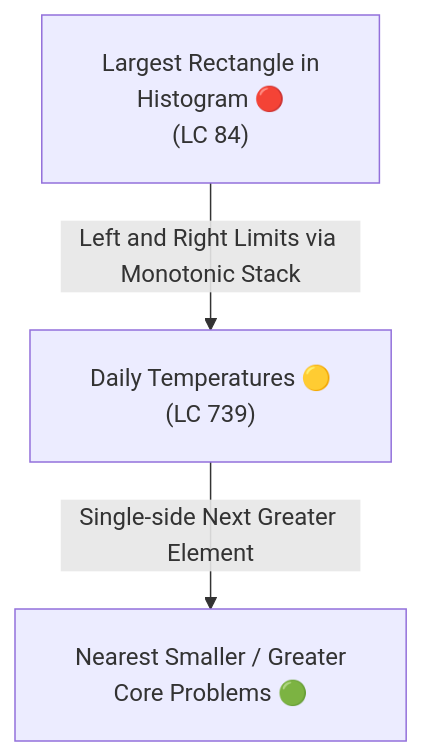
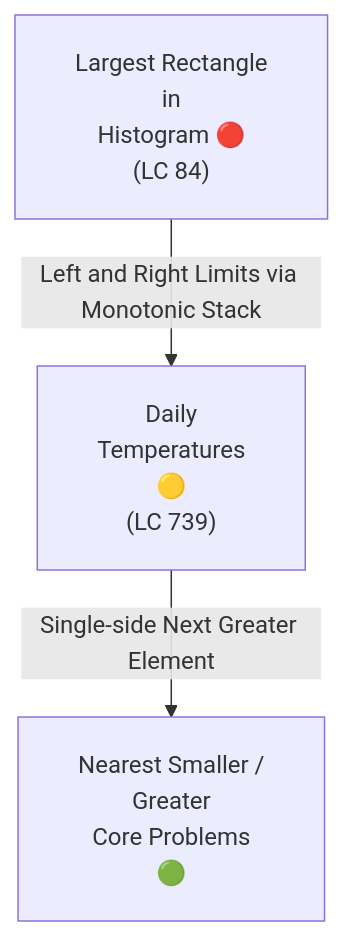
Diagram 16 of 19 in Senior_dsa_question_list.md (dip4k/DSA_102), drawn with Mermaid before and after one commit. The commit also changed other lines of this file and 106 other files, not shown here.

First line of the commit message:
fix(mermaid): prevent text clipping with foreignObject overflow and tighter line wrapping

````diff
--- a/Senior_dsa_question_list.md
+++ b/Senior_dsa_question_list.md
@@ -1066,6 +1066,6 @@
 ```mermaid
-%%{init: {"flowchart": {"htmlLabels": true, "padding": 20}}}%%
+%%{init: {"flowchart": {"htmlLabels": true, "padding": 20}, "themeCSS": "foreignObject { overflow: visible !important; }"}}%%
 flowchart TD
-    A["Largest Rectangle in<br/>Histogram 🔴<br/>(LC 84)"] -->|Left and Right Limits via Monotonic Stack| B["Daily Temperatures 🟡<br/>(LC 739)"]
-    B -->|Single-side Next Greater Element| C["Nearest Smaller / Greater<br/>Core Problems 🟢"]
+    A["Largest Rectangle<br/>in<br/>Histogram 🔴<br/>(LC 84)"] -->|Left and Right Limits via Monotonic Stack| B["Daily<br/>Temperatures<br/>🟡<br/>(LC 739)"]
+    B -->|Single-side Next Greater Element| C["Nearest Smaller /<br/>Greater<br/>Core Problems<br/>🟢"]
 ```
````
